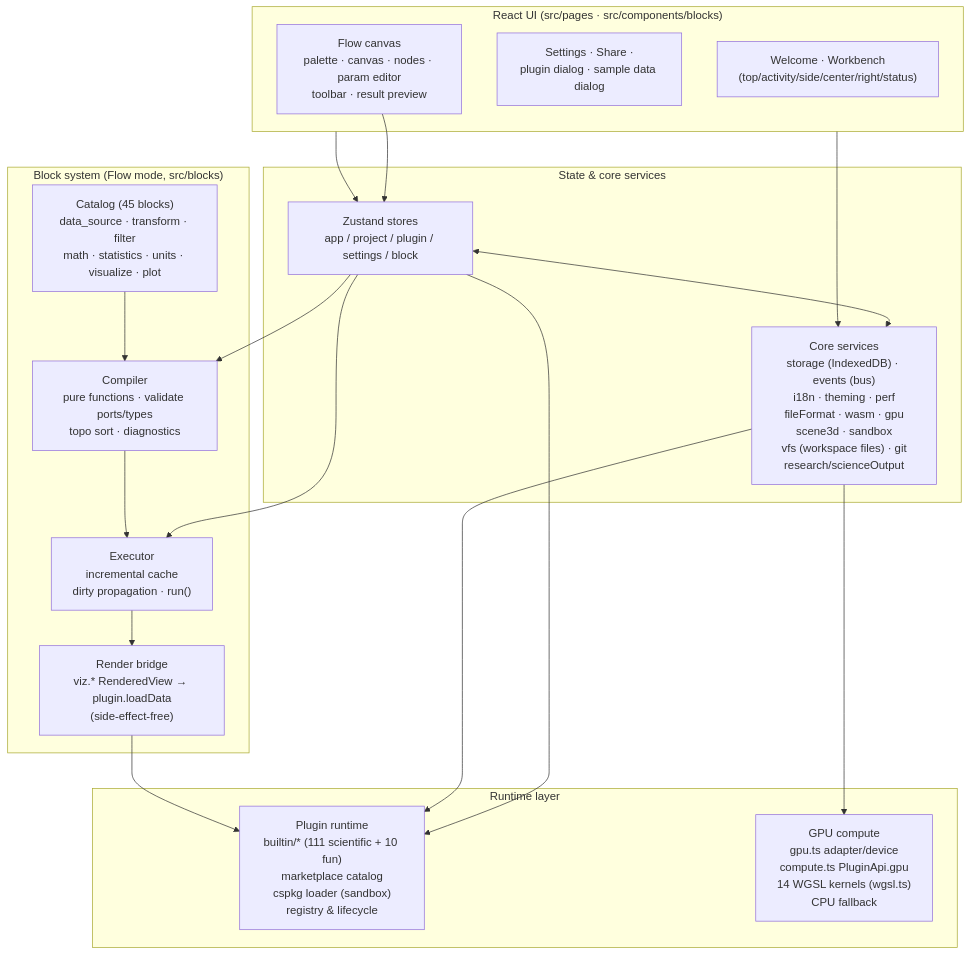
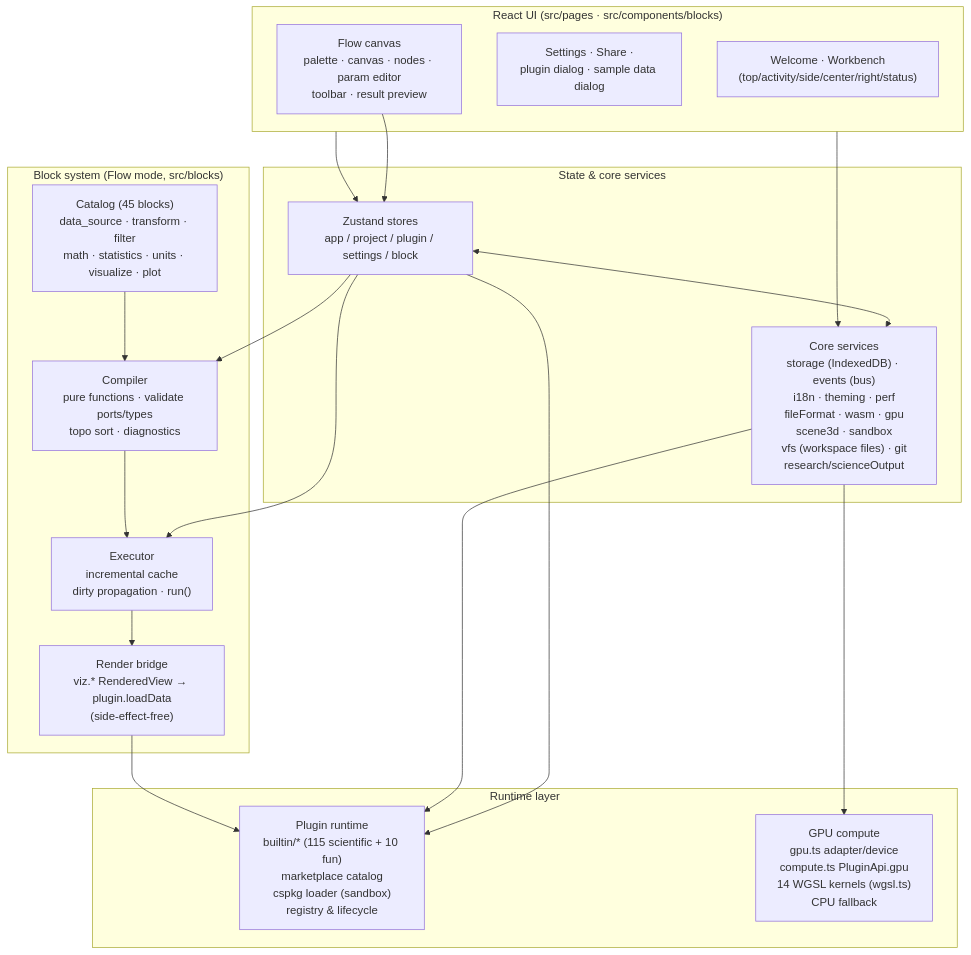
One commit to SnowLeopard-io/ErgalicsStudio changed the diagram in README.md. Above: the diagram before and after it, drawn with Mermaid. The commit also changed other lines of this file and 9 other files, not shown here.

````diff
--- a/README.md
+++ b/README.md
@@ -192,39 +192,39 @@
 ```mermaid
 flowchart TB
     subgraph UI["React UI (src/pages · src/components/blocks)"]
         A1["Welcome · Workbench<br/>(top/activity/side/center/right/status)"]
         A2["Settings · Share ·<br/>plugin dialog · sample data dialog"]
         A3["Flow canvas<br/>palette · canvas · nodes · param editor<br/>toolbar · result preview"]
     end
 
     subgraph State["State & core services"]
         B1["Zustand stores<br/>app / project / plugin / settings / block"]
         B2["Core services<br/>storage (IndexedDB) · events (bus)<br/>i18n · theming · perf<br/>fileFormat · wasm · gpu<br/>scene3d · sandbox<br/>vfs (workspace files) · git<br/>research/scienceOutput"]
     end
 
     subgraph Blocks["Block system (Flow mode, src/blocks)"]
         D1["Catalog (45 blocks)<br/>data_source · transform · filter<br/>math · statistics · units · visualize · plot"]
         D2["Compiler<br/>pure functions · validate ports/types<br/>topo sort · diagnostics"]
         D3["Executor<br/>incremental cache<br/>dirty propagation · run()"]
         D4["Render bridge<br/>viz.* RenderedView → plugin.loadData<br/>(side-effect-free)"]
     end
 
     subgraph Runtime["Runtime layer"]
-        C1["Plugin runtime<br/>builtin/* (111 scientific + 10 fun)<br/>marketplace catalog<br/>cspkg loader (sandbox)<br/>registry & lifecycle"]
+        C1["Plugin runtime<br/>builtin/* (115 scientific + 10 fun)<br/>marketplace catalog<br/>cspkg loader (sandbox)<br/>registry & lifecycle"]
         C2["GPU compute<br/>gpu.ts adapter/device<br/>compute.ts PluginApi.gpu<br/>14 WGSL kernels (wgsl.ts)<br/>CPU fallback"]
     end
 
     UI --> B1
     UI --> B2
     B1 <--> B2
     B1 --> C1
     B2 --> C1
     B2 --> C2
     A3 --> B1
     B1 --> D2
     B1 --> D3
     D2 --> D3
     D1 --> D2
     D3 --> D4
     D4 --> C1
 ```
````
